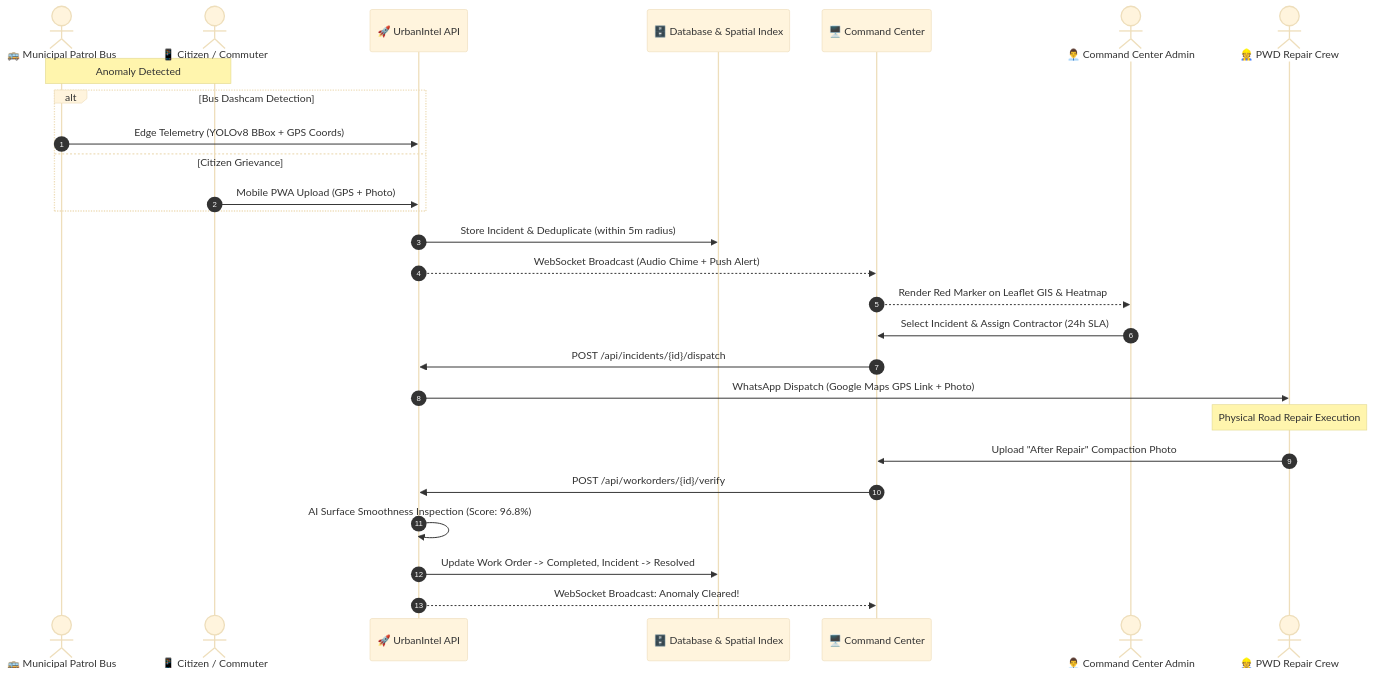
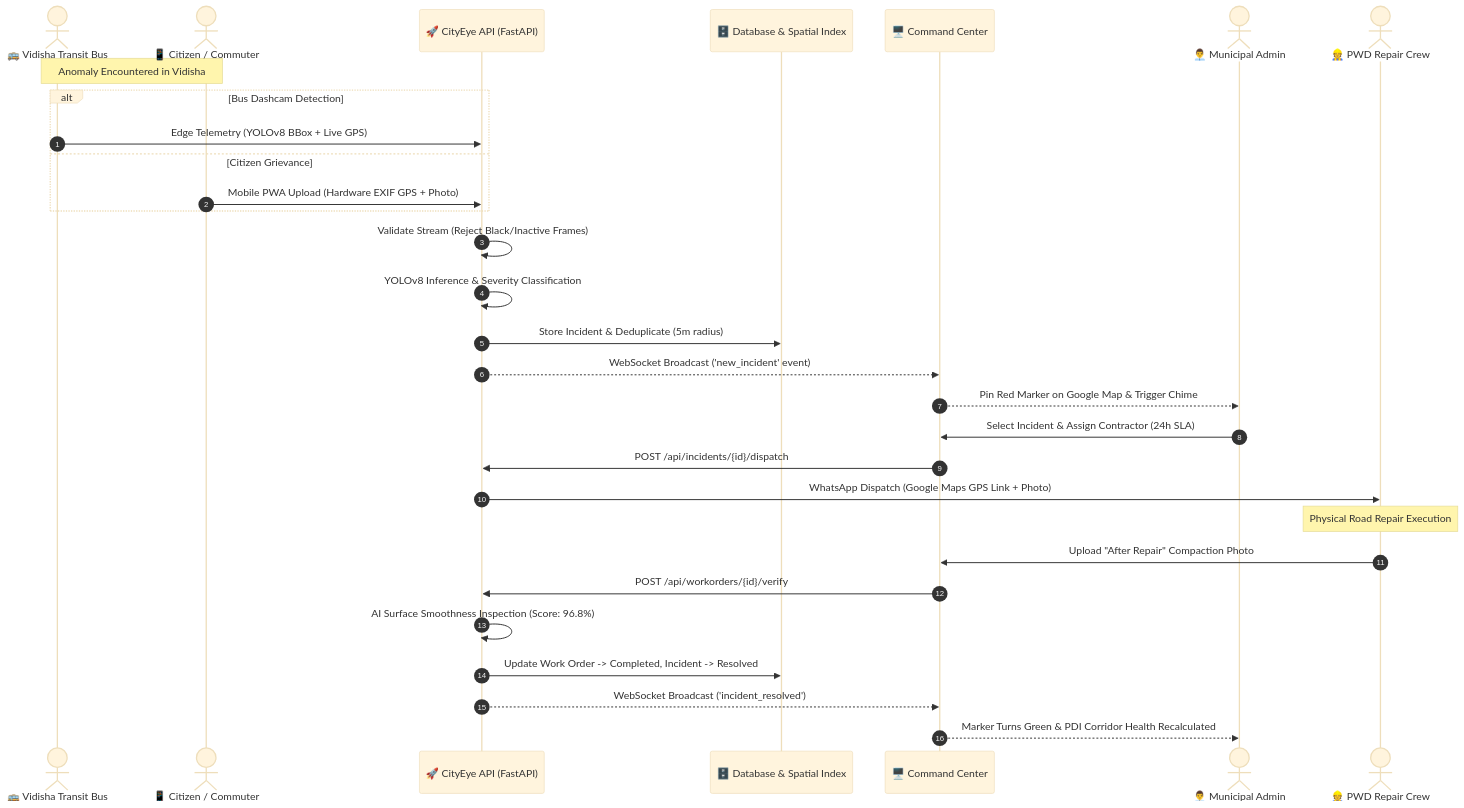
The second of 4 diagrams in ARCHITECTURE.md (bhushzn/urban-inteligence), drawn with Mermaid (base theme) before and after one commit. The commit also changed other lines of this file and 1 other file, not shown here.

Commit message:
docs: add comprehensive technical approach, system architecture diagrams, and operational flowcharts for Vidisha deployment

````diff
--- a/ARCHITECTURE.md
+++ b/ARCHITECTURE.md
@@ -65,33 +77,36 @@
 ```mermaid
 sequenceDiagram
     autonumber
-    actor Bus as 🚌 Municipal Patrol Bus
+    actor Bus as 🚌 Vidisha Transit Bus
     actor Citizen as 📱 Citizen / Commuter
-    participant API as 🚀 UrbanIntel API
+    participant API as 🚀 CityEye API (FastAPI)
     participant DB as 🗄️ Database & Spatial Index
     participant UI as 🖥️ Command Center
-    actor Admin as 👨‍💼 Command Center Admin
+    actor Admin as 👨‍💼 Municipal Admin
     actor Contractor as 👷 PWD Repair Crew
 
-    Note over Bus,Citizen: Anomaly Detected
+    Note over Bus,Citizen: Anomaly Encountered in Vidisha
     alt Bus Dashcam Detection
-        Bus->>API: Edge Telemetry (YOLOv8 BBox + GPS Coords)
+        Bus->>API: Edge Telemetry (YOLOv8 BBox + Live GPS)
     else Citizen Grievance
-        Citizen->>API: Mobile PWA Upload (GPS + Photo)
+        Citizen->>API: Mobile PWA Upload (Hardware EXIF GPS + Photo)
     end
 
-    API->>DB: Store Incident & Deduplicate (within 5m radius)
-    API-->>UI: WebSocket Broadcast (Audio Chime + Push Alert)
-    UI-->>Admin: Render Red Marker on Leaflet GIS & Heatmap
+    API->>API: Validate Stream (Reject Black/Inactive Frames)
+    API->>API: YOLOv8 Inference & Severity Classification
+    API->>DB: Store Incident & Deduplicate (5m radius)
+    API-->>UI: WebSocket Broadcast ('new_incident' event)
+    UI-->>Admin: Pin Red Marker on Google Map & Trigger Chime
 
     Admin->>UI: Select Incident & Assign Contractor (24h SLA)
     UI->>API: POST /api/incidents/{id}/dispatch
     API->>Contractor: WhatsApp Dispatch (Google Maps GPS Link + Photo)
 
     Note over Contractor: Physical Road Repair Execution
     Contractor->>UI: Upload "After Repair" Compaction Photo
     UI->>API: POST /api/workorders/{id}/verify
     API->>API: AI Surface Smoothness Inspection (Score: 96.8%)
     API->>DB: Update Work Order -> Completed, Incident -> Resolved
-    API-->>UI: WebSocket Broadcast: Anomaly Cleared!
+    API-->>UI: WebSocket Broadcast ('incident_resolved')
+    UI-->>Admin: Marker Turns Green & PDI Corridor Health Recalculated
 ```
````
